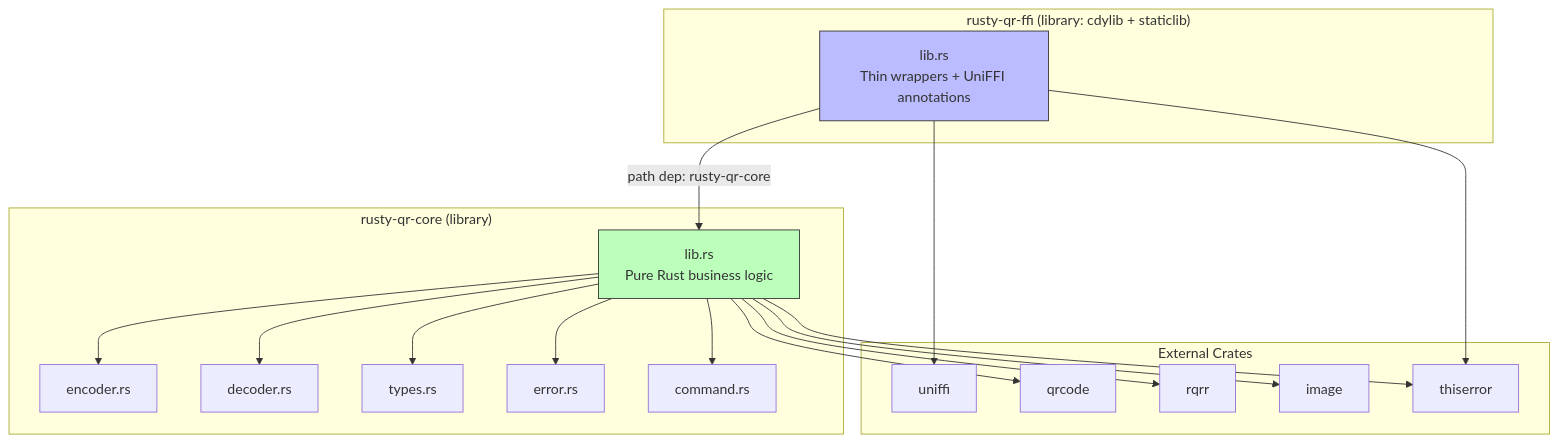
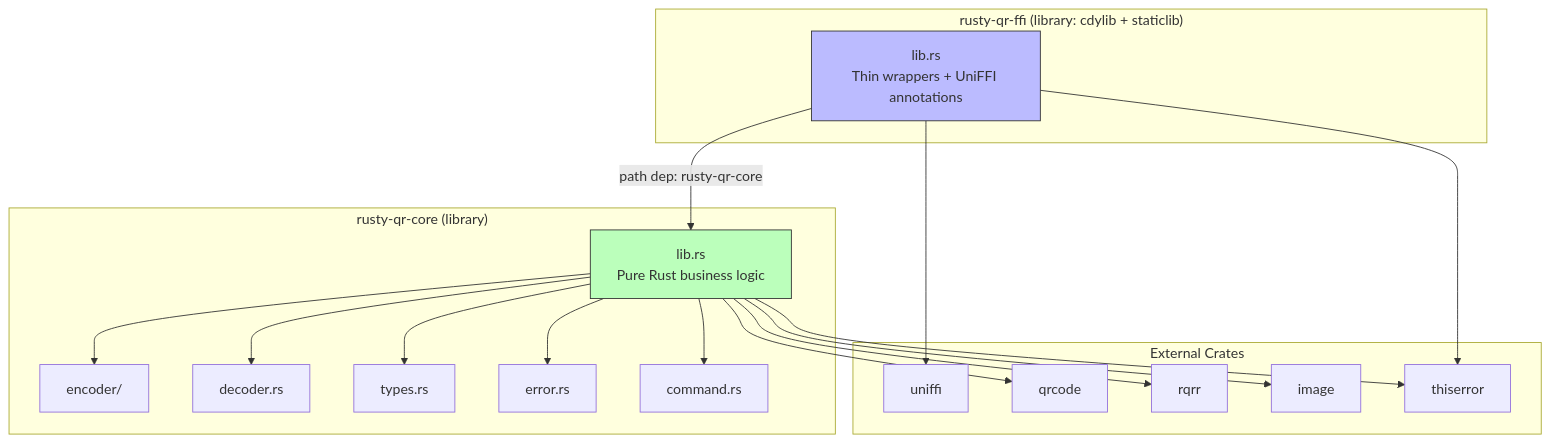
The first of 8 diagrams in rustySDK/README.md (prasannajeet/RustyQR), drawn with Mermaid before and after one commit. The commit also changed other lines of this file and 188 other files, not shown here.

````diff
--- a/rustySDK/README.md
+++ b/rustySDK/README.md
@@ -171,41 +174,41 @@
 ```mermaid
 graph TD
     subgraph "rusty-qr-ffi (library: cdylib + staticlib)"
         FFI[lib.rs<br/>Thin wrappers + UniFFI annotations]
     end
 
     subgraph "rusty-qr-core (library)"
         CORE[lib.rs<br/>Pure Rust business logic]
-        ENC[encoder.rs]
+        ENC[encoder/]
         DEC[decoder.rs]
         TYP[types.rs]
         ERR[error.rs]
         CMD[command.rs]
     end
 
     subgraph "External Crates"
         UNIFFI[uniffi]
         QRCODE[qrcode]
         RQRR[rqrr]
         IMG[image]
         THISERR[thiserror]
     end
 
     FFI -->|"path dep: rusty-qr-core"| CORE
     FFI --> UNIFFI
     FFI --> THISERR
 
     CORE --> QRCODE
     CORE --> RQRR
     CORE --> IMG
     CORE --> THISERR
 
     CORE --> ENC
     CORE --> DEC
     CORE --> TYP
     CORE --> ERR
     CORE --> CMD
 
     style FFI fill:#bbf,stroke:#333
     style CORE fill:#bfb,stroke:#333
 ```
````
